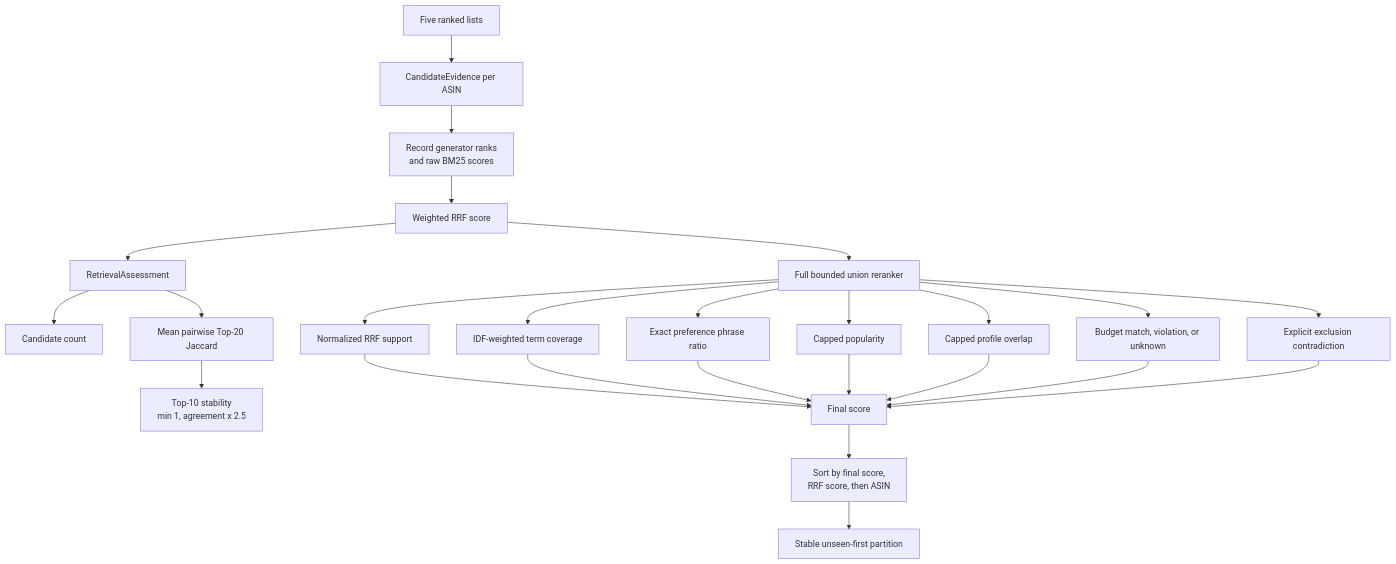
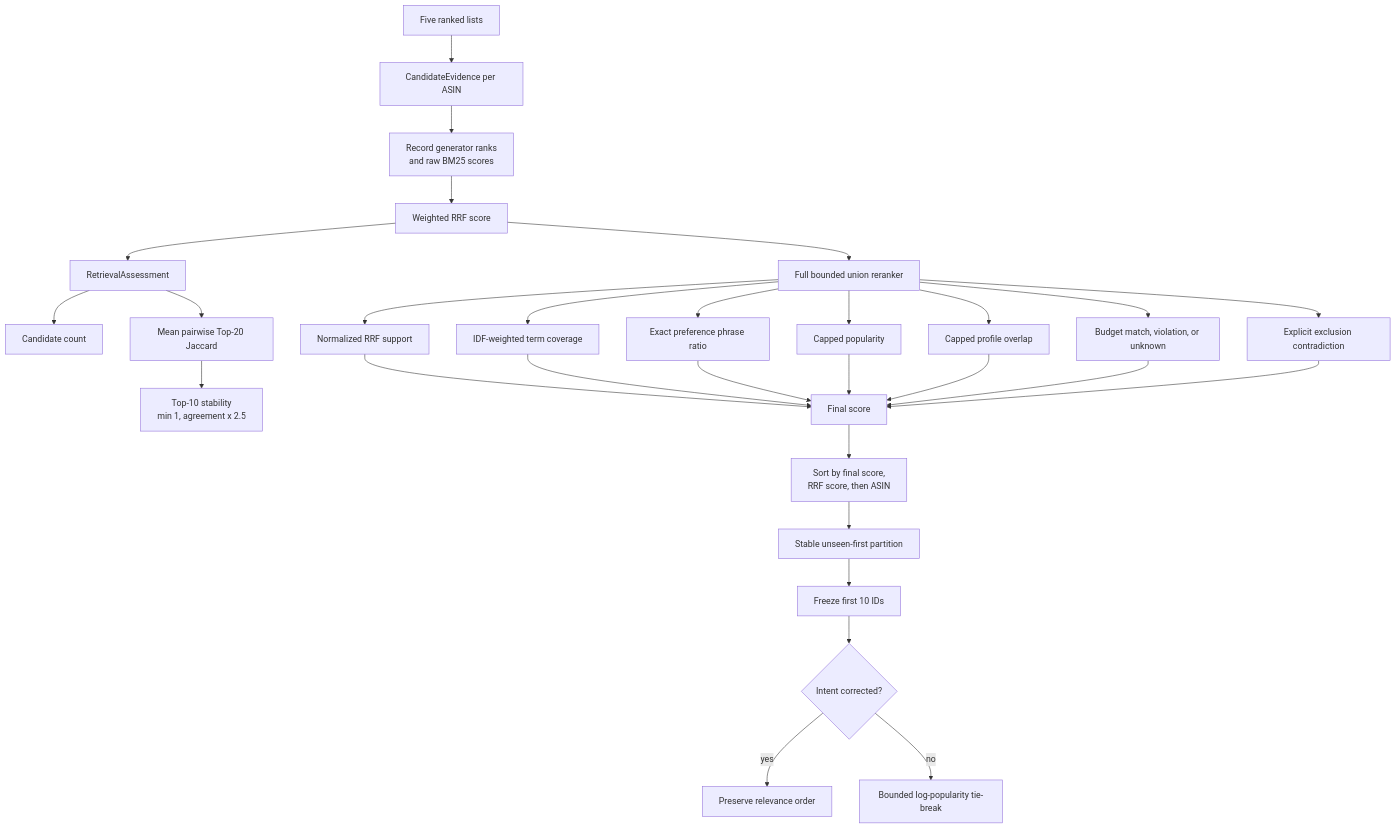
The eighth of 14 diagrams in docs/system-flowcharts.md (ash15khng/tiktok-techjam), drawn with Mermaid before and after one commit. The commit also changed other lines of this file and 9 other files, not shown here.

````diff
--- a/docs/system-flowcharts.md
+++ b/docs/system-flowcharts.md
@@ -384,30 +389,34 @@
 ```mermaid
 flowchart TD
     A[Five ranked lists] --> B[CandidateEvidence per ASIN]
     B --> C[Record generator ranks<br/>and raw BM25 scores]
     C --> D[Weighted RRF score]
 
     D --> E[RetrievalAssessment]
     E --> E1[Candidate count]
     E --> E2[Mean pairwise Top-20 Jaccard]
     E2 --> E3[Top-10 stability<br/>min 1, agreement x 2.5]
 
     D --> F[Full bounded union reranker]
     F --> F1[Normalized RRF support]
     F --> F2[IDF-weighted term coverage]
     F --> F3[Exact preference phrase ratio]
     F --> F4[Capped popularity]
     F --> F5[Capped profile overlap]
     F --> F6[Budget match, violation, or unknown]
     F --> F7[Explicit exclusion contradiction]
 
     F1 --> G[Final score]
     F2 --> G
     F3 --> G
     F4 --> G
     F5 --> G
     F6 --> G
     F7 --> G
     G --> H[Sort by final score,<br/>RRF score, then ASIN]
     H --> I[Stable unseen-first partition]
+    I --> J[Freeze first 10 IDs]
+    J --> K{Intent corrected?}
+    K -->|yes| L[Preserve relevance order]
+    K -->|no| M[Bounded log-popularity tie-break]
 ```
````
